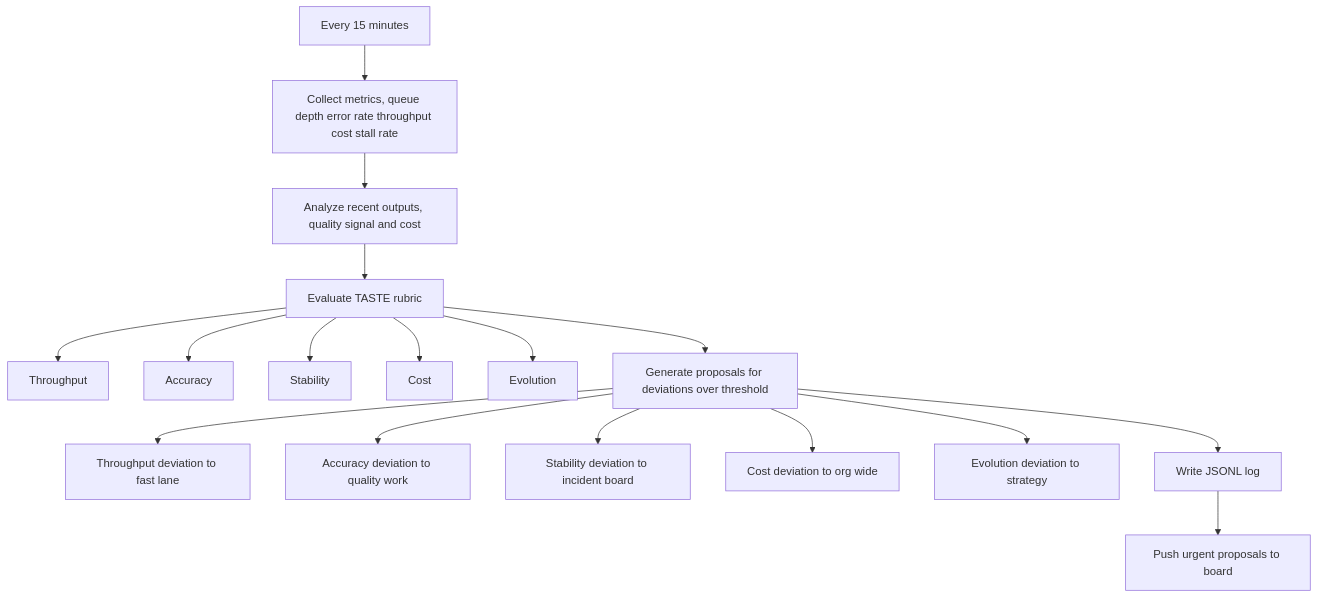
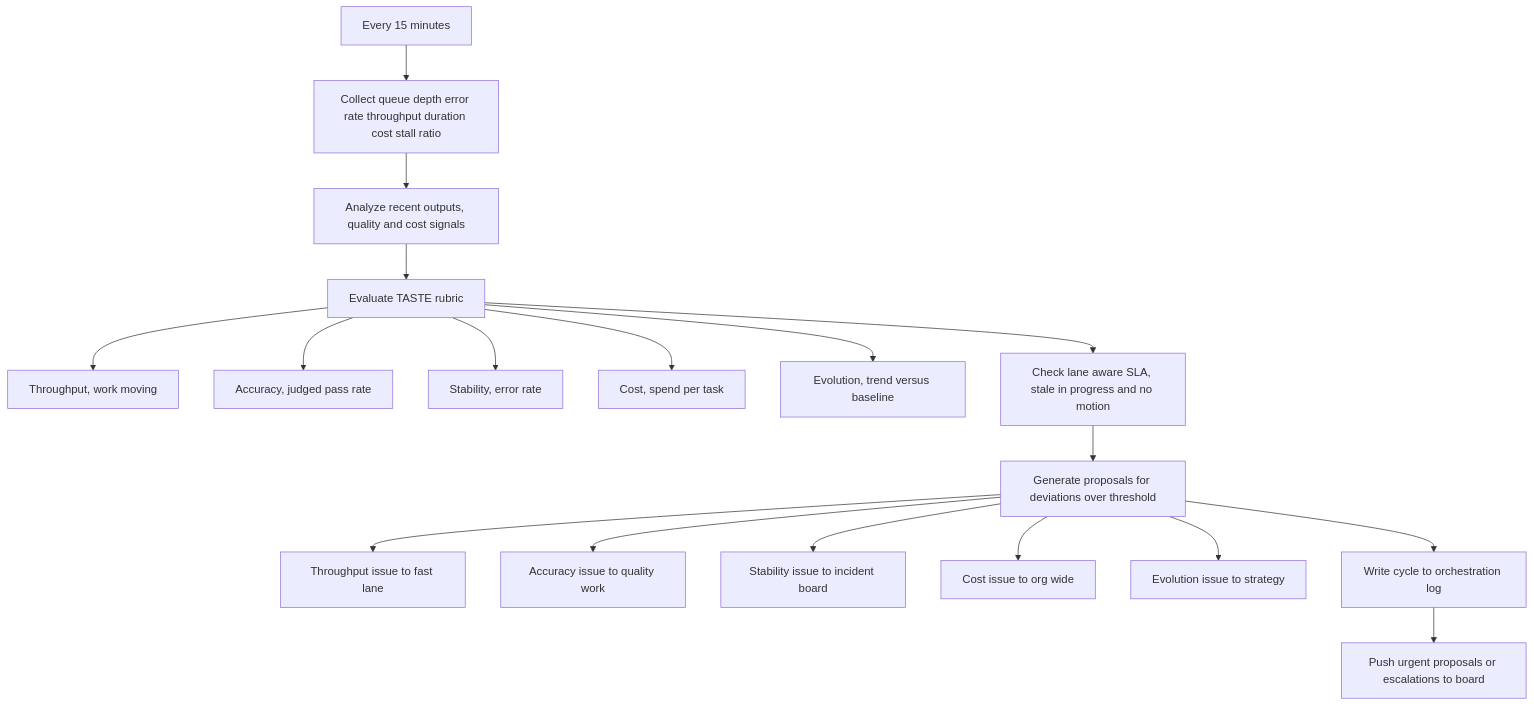
One commit to mmartoccia/ghost-orchestration-pattern changed the diagram in diagrams/CRON_ORCHESTRATOR.mmd. Above: the diagram before and after it, drawn with Mermaid. The commit also changed 6 other files, not shown here.

First line of the commit message:
Deepen Mermaid diagrams with actual system semantics

```diff
--- a/diagrams/CRON_ORCHESTRATOR.mmd
+++ b/diagrams/CRON_ORCHESTRATOR.mmd
@@ -1,30 +1,31 @@
 graph TD
     C1[Every 15 minutes]
-    C2[Collect metrics, queue depth error rate throughput cost stall rate]
-    C3[Analyze recent outputs, quality signal and cost]
+    C2[Collect queue depth error rate throughput duration cost stall ratio]
+    C3[Analyze recent outputs, quality and cost signals]
     C4[Evaluate TASTE rubric]
-    T1[Throughput]
-    T2[Accuracy]
-    T3[Stability]
-    T4[Cost]
-    T5[Evolution]
-    C5[Generate proposals for deviations over threshold]
-    P1[Throughput deviation to fast lane]
-    P2[Accuracy deviation to quality work]
-    P3[Stability deviation to incident board]
-    P4[Cost deviation to org wide]
-    P5[Evolution deviation to strategy]
-    C6[Write JSONL log]
-    C7[Push urgent proposals to board]
+    T1[Throughput, work moving]
+    T2[Accuracy, judged pass rate]
+    T3[Stability, error rate]
+    T4[Cost, spend per task]
+    T5[Evolution, trend versus baseline]
+    C5[Check lane aware SLA, stale in progress and no motion]
+    C6[Generate proposals for deviations over threshold]
+    P1[Throughput issue to fast lane]
+    P2[Accuracy issue to quality work]
+    P3[Stability issue to incident board]
+    P4[Cost issue to org wide]
+    P5[Evolution issue to strategy]
+    C7[Write cycle to orchestration log]
+    C8[Push urgent proposals or escalations to board]
 
-    C1 --> C2 --> C3 --> C4 --> C5 --> C6 --> C7
+    C1 --> C2 --> C3 --> C4 --> C5 --> C6 --> C7 --> C8
     C4 --> T1
     C4 --> T2
     C4 --> T3
     C4 --> T4
     C4 --> T5
-    C5 --> P1
-    C5 --> P2
-    C5 --> P3
-    C5 --> P4
-    C5 --> P5
+    C6 --> P1
+    C6 --> P2
+    C6 --> P3
+    C6 --> P4
+    C6 --> P5
```
